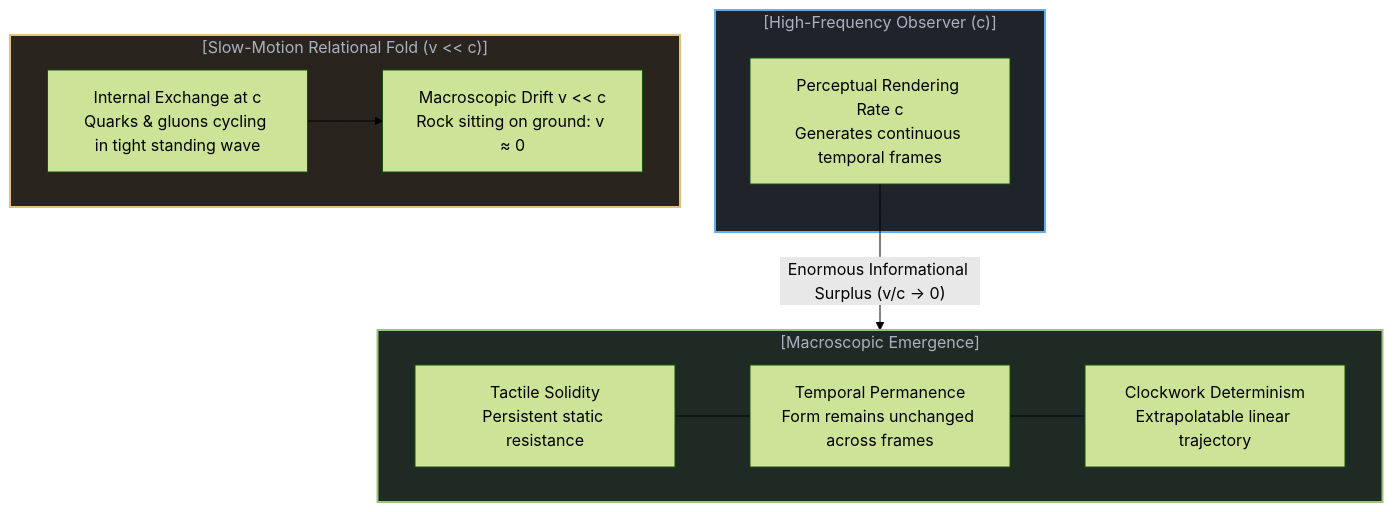
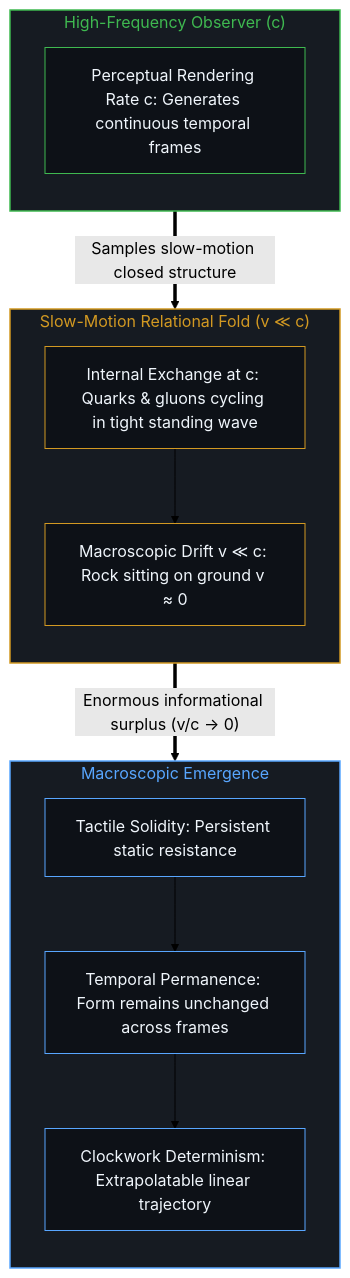
One commit to powerpig99/not-a-toe changed the sixth of 10 diagrams in content/posts/the-velocity-of-visibility.md. Above: the diagram before and after it, drawn with Mermaid (forest theme). The commit also changed other lines of this file and 23 other files, not shown here.

````diff
--- a/content/posts/the-velocity-of-visibility.md
+++ b/content/posts/the-velocity-of-visibility.md
@@ -214,25 +179,35 @@
 ```mermaid
-graph TD
-    subgraph HighFrequencyMind["[High-Frequency Observer (c)]"]
-        MindClock["Perceptual Rendering Rate c<br>Generates continuous temporal frames"]
+flowchart TD
+    subgraph S_FastMind["High-Frequency Observer (c)"]
+        direction TB
+        MindClock["Perceptual Rendering Rate c: Generates continuous temporal frames"]
     end
 
-    subgraph SlowFoldMatter["[Slow-Motion Relational Fold (v << c)]"]
-        InternalSpin["Internal Exchange at c<br>Quarks & gluons cycling in tight standing wave"]
-        MacroMotion["Macroscopic Drift v << c<br>Rock sitting on ground: v ≈ 0"]
+    subgraph S_SlowMatter["Slow-Motion Relational Fold (v ≪ c)"]
+        direction TB
+        InternalSpin["Internal Exchange at c: Quarks & gluons cycling in tight standing wave"]
+        MacroMotion["Macroscopic Drift v ≪ c: Rock sitting on ground v ≈ 0"]
         InternalSpin --> MacroMotion
     end
 
-    MindClock -->|"Enormous Informational Surplus (v/c → 0)"| PerceptualProjection
-
-    subgraph PerceptualProjection["[Macroscopic Emergence]"]
-        Solidity["Tactile Solidity<br>Persistent static resistance"]
-        Permanence["Temporal Permanence<br>Form remains unchanged across frames"]
-        Determinism["Clockwork Determinism<br>Extrapolatable linear trajectory"]
-        Solidity --- Permanence --- Determinism
+    subgraph S_Projection["Macroscopic Emergence"]
+        direction TB
+        Solidity["Tactile Solidity: Persistent static resistance"]
+        Permanence["Temporal Permanence: Form remains unchanged across frames"]
+        Determinism["Clockwork Determinism: Extrapolatable linear trajectory"]
+        Solidity --> Permanence --> Determinism
     end
 
-    style HighFrequencyMind fill:#1f242a,stroke:#61afef,stroke-width:2px,color:#abb2bf
-    style SlowFoldMatter fill:#2a241f,stroke:#e5c07b,stroke-width:2px,color:#abb2bf
-    style PerceptualProjection fill:#1f2a24,stroke:#98c379,stroke-width:2px,color:#abb2bf
+    MindClock ==>|"Samples slow-motion closed structure"| InternalSpin
+    MacroMotion ==>|"Enormous informational surplus (v/c → 0)"| Solidity
+
+    style S_FastMind fill:#161b22,stroke:#3fb950,stroke-width:1.5px,color:#3fb950
+    style S_SlowMatter fill:#161b22,stroke:#d29922,stroke-width:1.5px,color:#d29922
+    style S_Projection fill:#161b22,stroke:#58a6ff,stroke-width:1.5px,color:#58a6ff
+    style MindClock fill:#0d1117,stroke:#3fb950,stroke-width:1px,color:#f0f6fc
+    style InternalSpin fill:#0d1117,stroke:#d29922,stroke-width:1px,color:#f0f6fc
+    style MacroMotion fill:#0d1117,stroke:#d29922,stroke-width:1px,color:#f0f6fc
+    style Solidity fill:#0d1117,stroke:#58a6ff,stroke-width:1px,color:#f0f6fc
+    style Permanence fill:#0d1117,stroke:#58a6ff,stroke-width:1px,color:#f0f6fc
+    style Determinism fill:#0d1117,stroke:#58a6ff,stroke-width:1px,color:#f0f6fc
 ```
````
